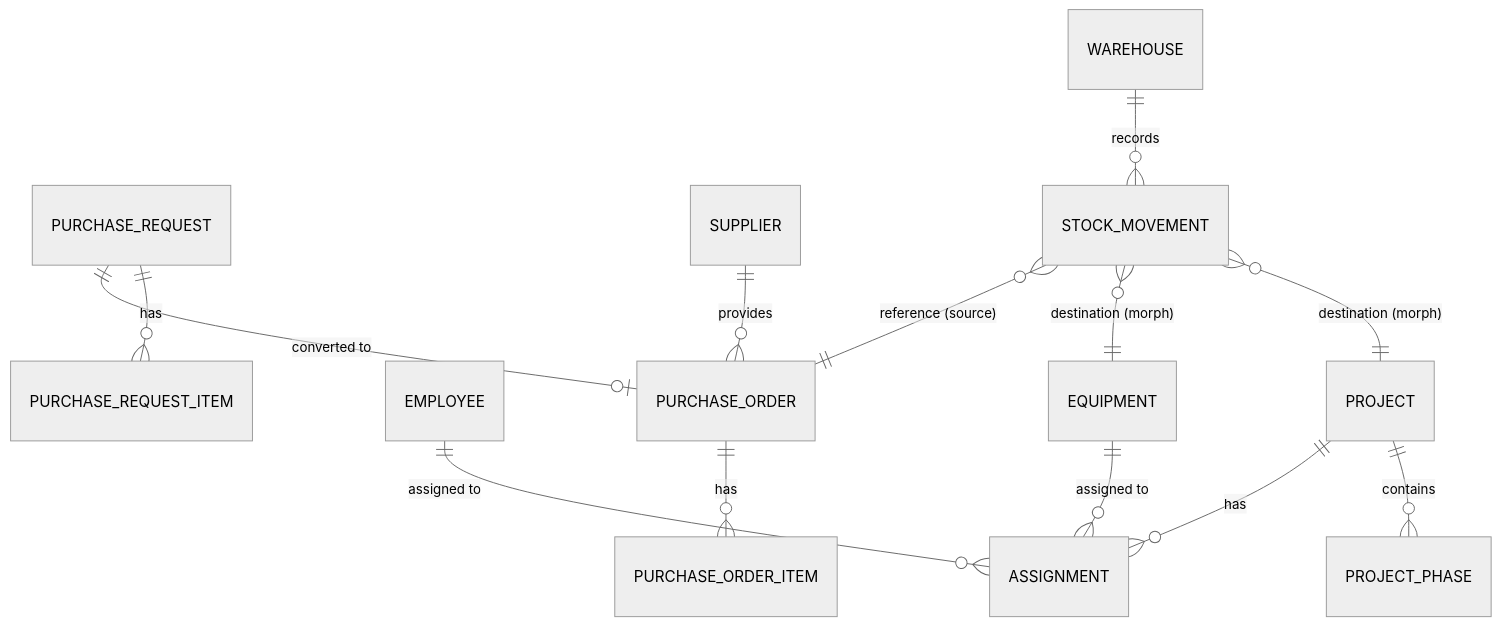
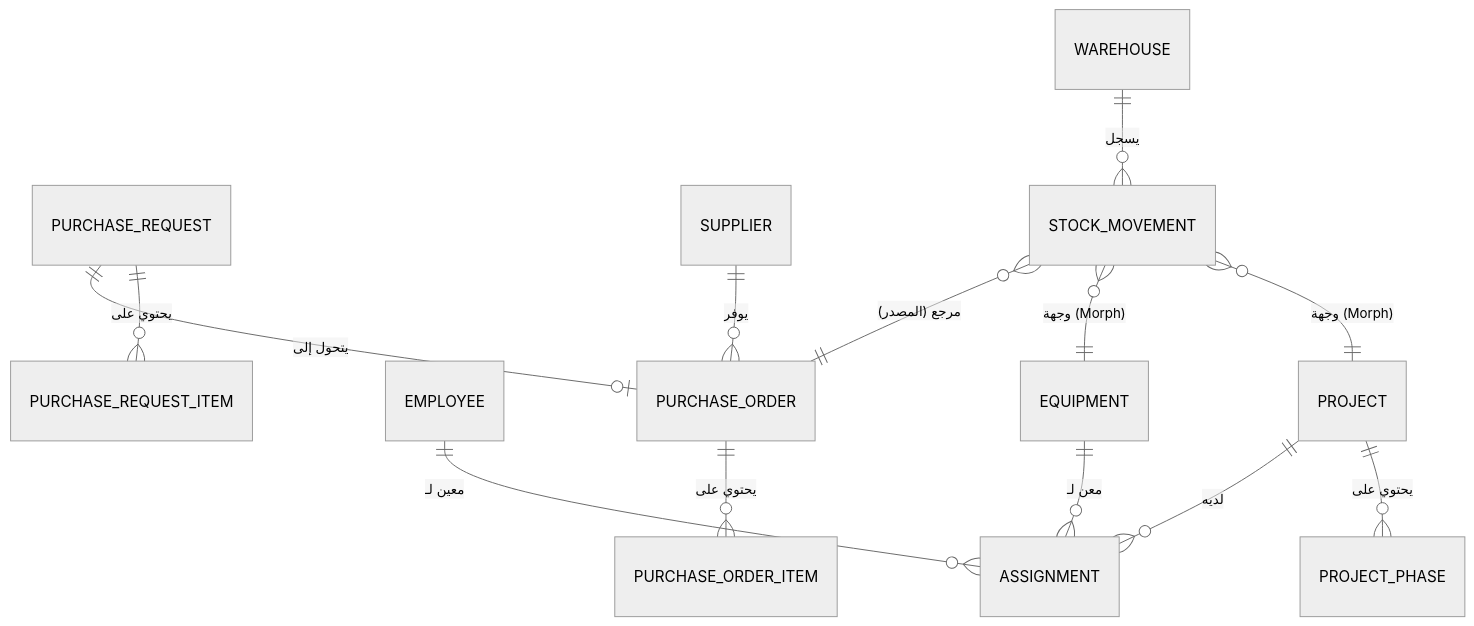
One commit to aboodmohammedpro-sys/Alyasheiee changed the diagram in docs/backend/06-erd-design.md. Above: the diagram before and after it, drawn with Mermaid (neutral theme). The commit also changed other lines of this file and 39 other files, not shown here.

Commit message:
docs: translate architectural documents to Arabic

````diff
--- a/docs/backend/06-erd-design.md
+++ b/docs/backend/06-erd-design.md
@@ -5,17 +5,17 @@
 ```mermaid
 erDiagram
-    PROJECT ||--o{ PROJECT_PHASE : contains
-    PROJECT ||--o{ ASSIGNMENT : has
-    EMPLOYEE ||--o{ ASSIGNMENT : "assigned to"
-    EQUIPMENT ||--o{ ASSIGNMENT : "assigned to"
+    PROJECT ||--o{ PROJECT_PHASE : "يحتوي على"
+    PROJECT ||--o{ ASSIGNMENT : "لديه"
+    EMPLOYEE ||--o{ ASSIGNMENT : "معين لـ"
+    EQUIPMENT ||--o{ ASSIGNMENT : "معن لـ"
     
-    PURCHASE_REQUEST ||--o{ PURCHASE_REQUEST_ITEM : has
-    PURCHASE_ORDER ||--o{ PURCHASE_ORDER_ITEM : has
-    PURCHASE_REQUEST ||--o| PURCHASE_ORDER : "converted to"
-    SUPPLIER ||--o{ PURCHASE_ORDER : "provides"
+    PURCHASE_REQUEST ||--o{ PURCHASE_REQUEST_ITEM : "يحتوي على"
+    PURCHASE_ORDER ||--o{ PURCHASE_ORDER_ITEM : "يحتوي على"
+    PURCHASE_REQUEST ||--o| PURCHASE_ORDER : "يتحول إلى"
+    SUPPLIER ||--o{ PURCHASE_ORDER : "يوفر"
     
-    WAREHOUSE ||--o{ STOCK_MOVEMENT : records
-    STOCK_MOVEMENT }o--|| PROJECT : "destination (morph)"
-    STOCK_MOVEMENT }o--|| EQUIPMENT : "destination (morph)"
-    STOCK_MOVEMENT }o--|| PURCHASE_ORDER : "reference (source)"
+    WAREHOUSE ||--o{ STOCK_MOVEMENT : "يسجل"
+    STOCK_MOVEMENT }o--|| PROJECT : "وجهة (Morph)"
+    STOCK_MOVEMENT }o--|| EQUIPMENT : "وجهة (Morph)"
+    STOCK_MOVEMENT }o--|| PURCHASE_ORDER : "مرجع (المصدر)"
 ```
````
